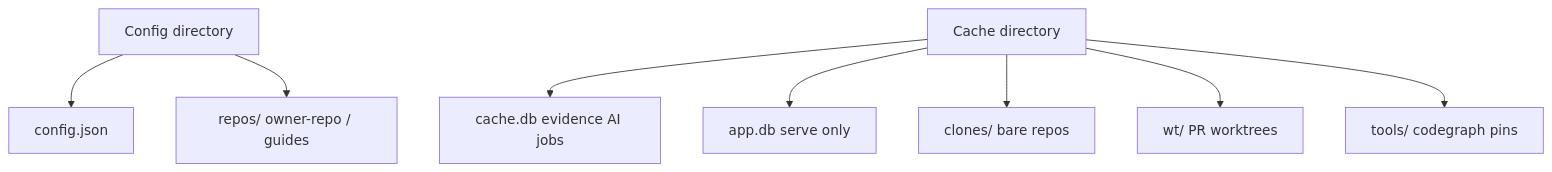
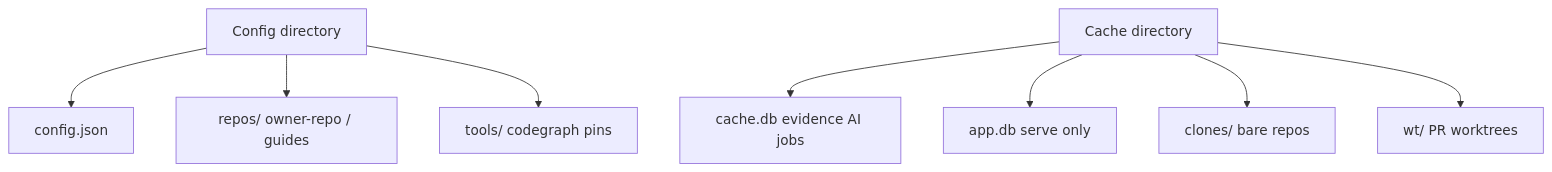
One commit to GroophyLifefor/co-maintainer changed the diagram in docs/docs/caching.md. Above: the diagram before and after it, drawn with Mermaid. The commit also changed other lines of this file and 18 other files, not shown here.

Commit message:
docs: troubleshooting rows match the real messages, the tools folder sits in the config directory, the webhook step names the GitHub page, and CO_MAINTAINER_AI and CM_DEBUG are listed (audit-57 audit-58 audit-59 audit-60 audit-62)

````diff
--- a/docs/docs/caching.md
+++ b/docs/docs/caching.md
@@ -9,14 +9,14 @@
 ```mermaid
 flowchart TB
   config["Config directory"]
   cache["Cache directory"]
 
   config --> cfg["config.json"]
   config --> guides["repos/ owner-repo / guides"]
+  config --> tools["tools/ codegraph pins"]
 
   cache --> cdb["cache.db evidence AI jobs"]
   cache --> appdb["app.db serve only"]
   cache --> clones["clones/ bare repos"]
   cache --> wt["wt/ PR worktrees"]
-  cache --> tools["tools/ codegraph pins"]
 ```
````
